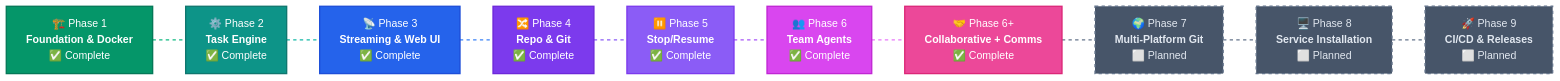
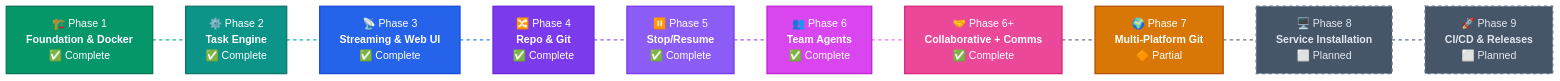
The diagram in ROADMAP.md (davidebaraldo/Klaudio), drawn with Mermaid before and after one commit. The commit also changed other lines of this file and 4 other files, not shown here.

````diff
--- a/ROADMAP.md
+++ b/ROADMAP.md
@@ -7,36 +7,36 @@
 ```mermaid
 graph LR
     P1["🏗️ Phase 1<br/><b>Foundation & Docker</b><br/>✅ Complete"]
     P2["⚙️ Phase 2<br/><b>Task Engine</b><br/>✅ Complete"]
     P3["📡 Phase 3<br/><b>Streaming & Web UI</b><br/>✅ Complete"]
     P4["🔀 Phase 4<br/><b>Repo & Git</b><br/>✅ Complete"]
     P5["⏸️ Phase 5<br/><b>Stop/Resume</b><br/>✅ Complete"]
     P6["👥 Phase 6<br/><b>Team Agents</b><br/>✅ Complete"]
     P6P["🤝 Phase 6+<br/><b>Collaborative + Comms</b><br/>✅ Complete"]
-    P7["🌍 Phase 7<br/><b>Multi-Platform Git</b><br/>⬜ Planned"]
+    P7["🌍 Phase 7<br/><b>Multi-Platform Git</b><br/>🔶 Partial"]
     P8["🖥️ Phase 8<br/><b>Service Installation</b><br/>⬜ Planned"]
     P9["🚀 Phase 9<br/><b>CI/CD & Releases</b><br/>⬜ Planned"]
 
     P1 -.- P2 -.- P3 -.- P4 -.- P5 -.- P6 -.- P6P -.- P7 -.- P8 -.- P9
 
     style P1 fill:#059669,stroke:#047857,color:#fff,stroke-width:2px
     style P2 fill:#0d9488,stroke:#0f766e,color:#fff,stroke-width:2px
     style P3 fill:#2563eb,stroke:#1d4ed8,color:#fff,stroke-width:2px
     style P4 fill:#7c3aed,stroke:#6d28d9,color:#fff,stroke-width:2px
     style P5 fill:#8b5cf6,stroke:#7c3aed,color:#fff,stroke-width:2px
     style P6 fill:#d946ef,stroke:#c026d3,color:#fff,stroke-width:2px
     style P6P fill:#ec4899,stroke:#db2777,color:#fff,stroke-width:2px
-    style P7 fill:#475569,stroke:#64748b,color:#e2e8f0,stroke-width:2px,stroke-dasharray:5
+    style P7 fill:#d97706,stroke:#b45309,color:#fff,stroke-width:2px
     style P8 fill:#475569,stroke:#64748b,color:#e2e8f0,stroke-width:2px,stroke-dasharray:5
     style P9 fill:#475569,stroke:#64748b,color:#e2e8f0,stroke-width:2px,stroke-dasharray:5
 
     linkStyle 0 stroke:#10b981,stroke-width:2px,stroke-dasharray:5
     linkStyle 1 stroke:#14b8a6,stroke-width:2px,stroke-dasharray:5
     linkStyle 2 stroke:#3b82f6,stroke-width:2px,stroke-dasharray:5
     linkStyle 3 stroke:#8b5cf6,stroke-width:2px,stroke-dasharray:5
     linkStyle 4 stroke:#a855f7,stroke-width:2px,stroke-dasharray:5
     linkStyle 5 stroke:#e879f9,stroke-width:2px,stroke-dasharray:5
     linkStyle 6 stroke:#64748b,stroke-width:2px,stroke-dasharray:5
     linkStyle 7 stroke:#64748b,stroke-width:2px,stroke-dasharray:5
     linkStyle 8 stroke:#64748b,stroke-width:2px,stroke-dasharray:5
 ```
````
